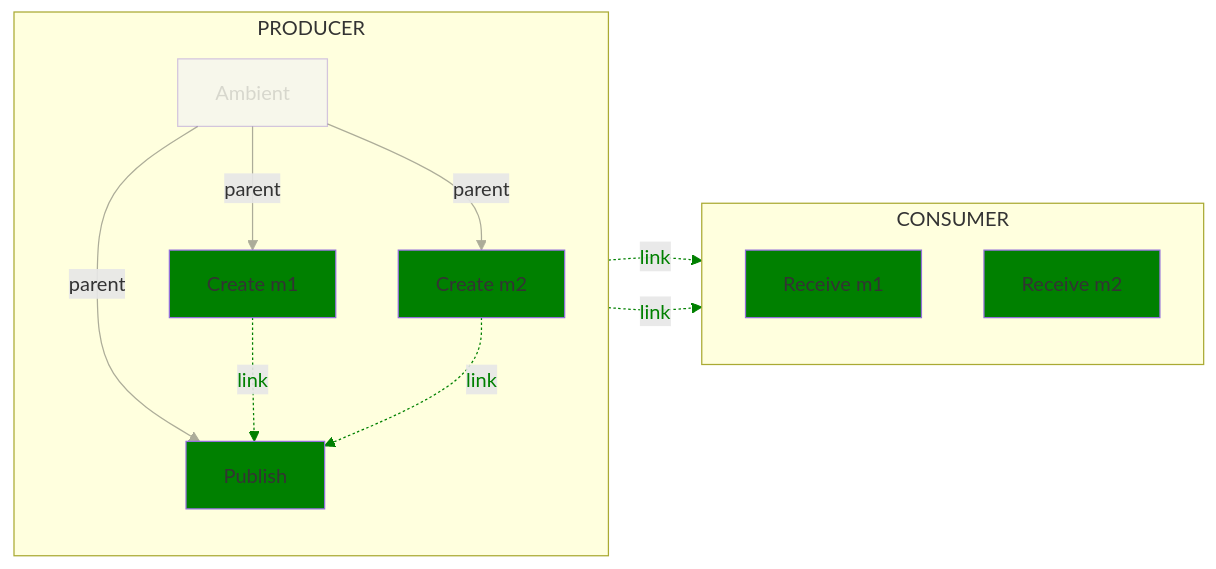
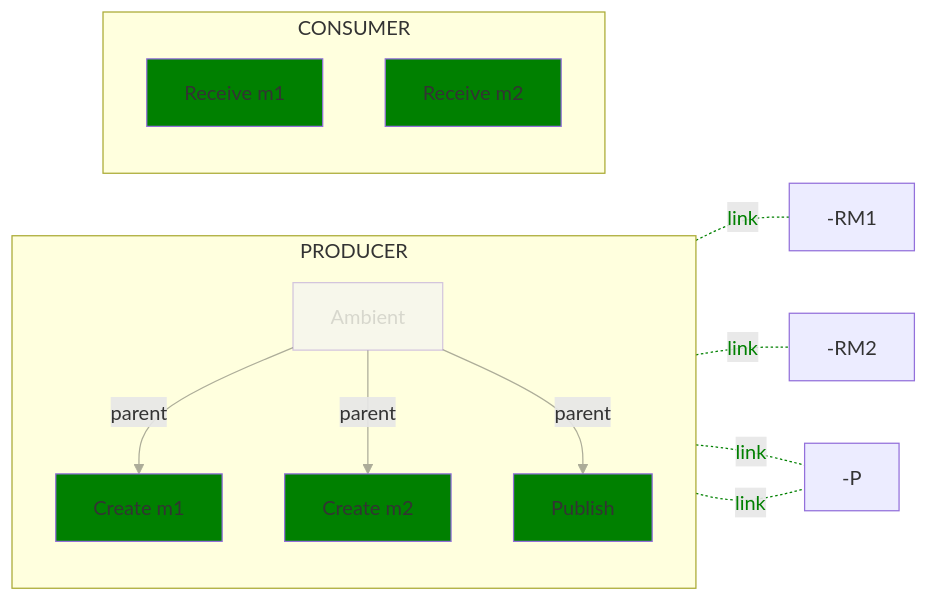
One commit to open-telemetry/oteps changed the eighth of 12 diagrams in text/trace/0220-messaging-semantic-conventions-span-structure.md. Above: the diagram before and after it, drawn with Mermaid. The commit also changed other lines of this file, not shown here.

````diff
--- a/text/trace/0220-messaging-semantic-conventions-span-structure.md
+++ b/text/trace/0220-messaging-semantic-conventions-span-structure.md
@@ -483,25 +484,25 @@
 ```mermaid
 flowchart LR;
   subgraph PRODUCER
   direction TB
   A[Ambient]-- parent -->CM1[Create m1]
   A-- parent -->CM2[Create m2]
   A-- parent -->P[Publish]
   end
   subgraph CONSUMER
   direction TB
   RM1[Receive m1]
   RM2[Receive m2]
   end
-  CM1-. link .->RM1;
-  CM2-. link .->RM2;
-  CM1-. link .->P;
-  CM2-. link .->P;
+  CM1-. link .--RM1;
+  CM2-. link .--RM2;
+  CM1-. link .--P;
+  CM2-. link .--P;
 
   classDef normal fill:green
   class CM1,CM2,P,RM1,RM2 normal
   classDef additional opacity:0.4
   class A additional
   linkStyle 0,1,2 opacity:0.4
   linkStyle 3,4,5,6 color:green,stroke:green
 ```
````
